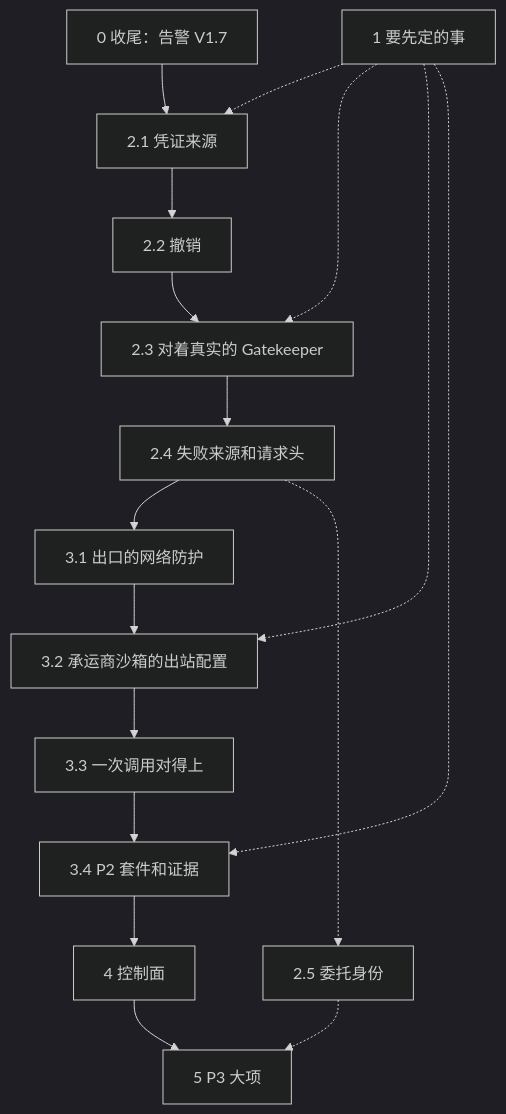
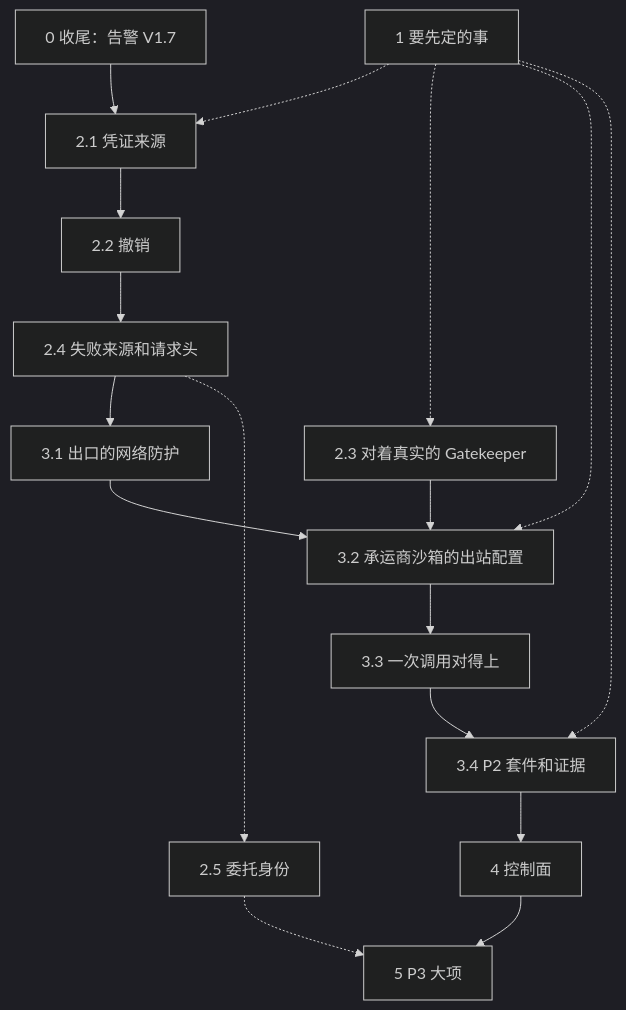
One commit to idp-xyz/idp-gateway changed the diagram in docs/development-plan.md. Above: the diagram before and after it, drawn with Mermaid (dark theme). The commit also changed other lines of this file and 6 other files, not shown here.

````diff
--- a/docs/development-plan.md
+++ b/docs/development-plan.md
@@ -22,19 +22,19 @@
 ```mermaid
 flowchart TD
   closeOut["0 收尾：告警 V1.7"] --> credSource["2.1 凭证来源"]
   credSource --> revocation["2.2 撤销"]
-  revocation --> realGatekeeper["2.3 对着真实的 Gatekeeper"]
-  realGatekeeper --> openItems["2.4 失败来源和请求头"]
+  revocation --> openItems["2.4 失败来源和请求头"]
   openItems --> egressGuard["3.1 出口的网络防护"]
   egressGuard --> carrierConfig["3.2 承运商沙箱的出站配置"]
+  realGatekeeper["2.3 对着真实的 Gatekeeper"] --> carrierConfig
   carrierConfig --> correlation["3.3 一次调用对得上"]
   correlation --> sandboxSuite["3.4 P2 套件和证据"]
   sandboxSuite --> controlPlane["4 控制面"]
   controlPlane --> productionCandidate["5 P3 大项"]
   decisions["1 要先定的事"] -.-> credSource
   decisions -.-> realGatekeeper
   decisions -.-> carrierConfig
   decisions -.-> sandboxSuite
   openItems -.-> delegated["2.5 委托身份"]
   delegated -.-> productionCandidate
 ```
````
